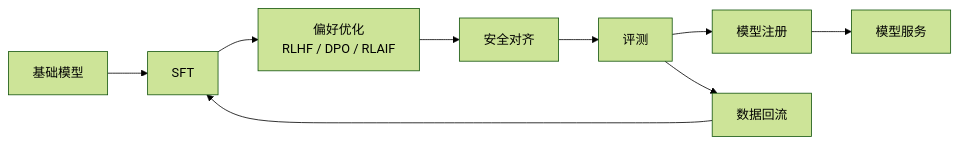
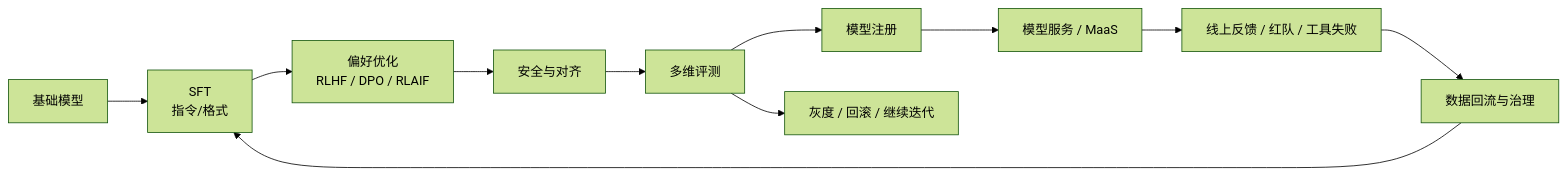
Before and after one commit to ikingye/ai-factory-engineering: the diagram in docs/part-03-models/chapter-11-post-training.md, drawn with Mermaid (forest theme). The commit also changed other lines of this file and 5 other files, not shown here.

````diff
--- a/docs/part-03-models/chapter-11-post-training.md
+++ b/docs/part-03-models/chapter-11-post-training.md
@@ -23,9 +43,13 @@
 ```mermaid
 flowchart LR
-  Base["基础模型"] --> SFT["SFT"] --> Pref["偏好优化\nRLHF / DPO / RLAIF"]
-  Pref --> Safety["安全对齐"] --> Eval["评测"]
+  Base["基础模型"] --> SFT["SFT\n指令/格式"]
+  SFT --> Pref["偏好优化\nRLHF / DPO / RLAIF"]
+  Pref --> Safety["安全与对齐"]
+  Safety --> Eval["多维评测"]
   Eval --> Registry["模型注册"]
-  Eval --> Data["数据回流"]
+  Registry --> Serving["模型服务 / MaaS"]
+  Serving --> Feedback["线上反馈 / 红队 / 工具失败"]
+  Feedback --> Data["数据回流与治理"]
   Data --> SFT
-  Registry --> Serving["模型服务"]
+  Eval --> Decision["灰度 / 回滚 / 继续迭代"]
 ```
````
